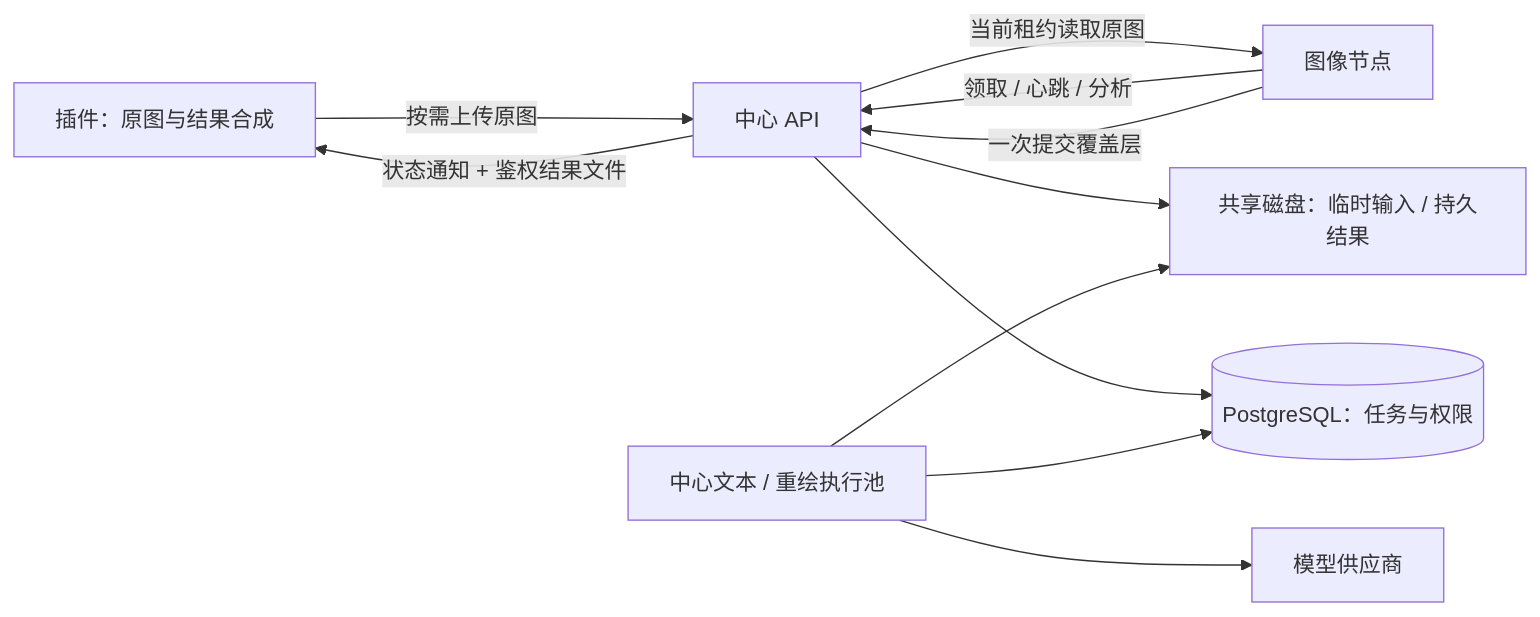
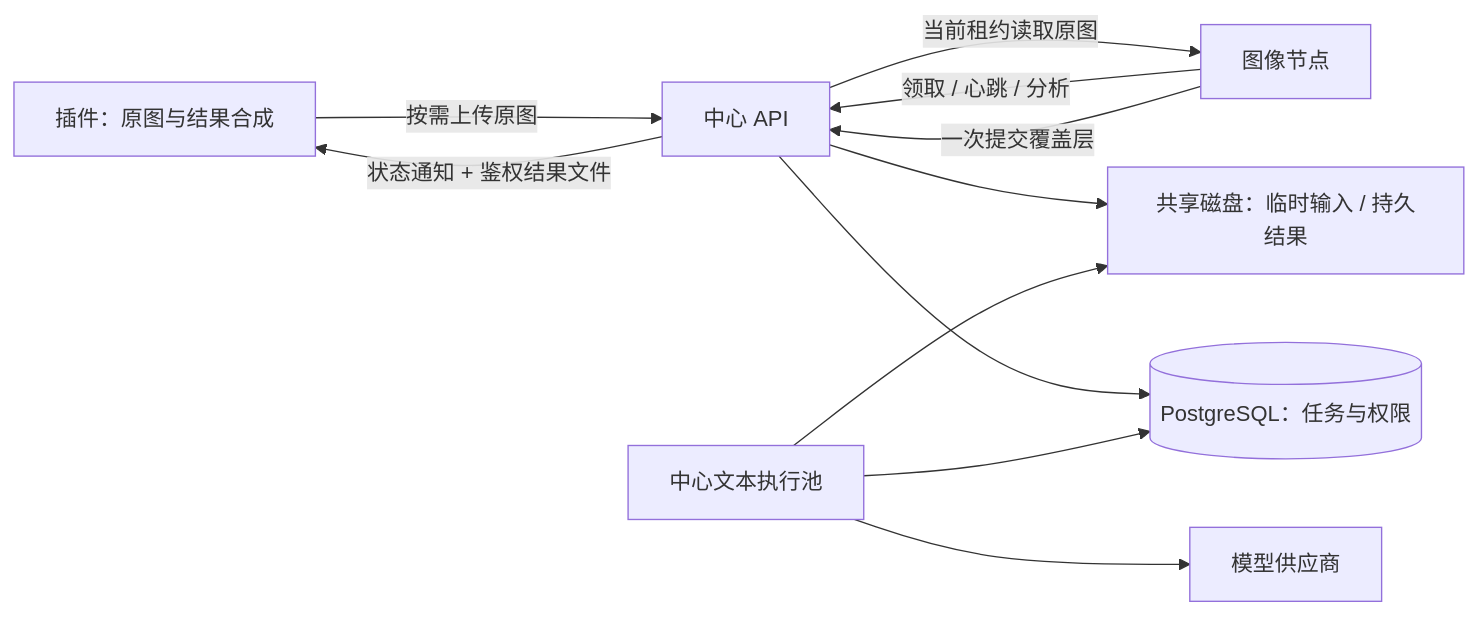
Before and after one commit to Wy2926/node-comics: the diagram in docs/TRANSLATION_CLUSTER_DESIGN.md, drawn with Mermaid. The commit also changed other lines of this file and 270 other files, not shown here.

````diff
--- a/docs/TRANSLATION_CLUSTER_DESIGN.md
+++ b/docs/TRANSLATION_CLUSTER_DESIGN.md
@@ -7,13 +7,13 @@
 ```mermaid
 flowchart LR
     C[插件：原图与结果合成] -->|按需上传原图| A[中心 API]
     A --> D[(PostgreSQL：任务与权限)]
     A --> F[共享磁盘：临时输入 / 持久结果]
     N[图像节点] -->|领取 / 心跳 / 分析| A
     A -->|当前租约读取原图| N
     N -->|一次提交覆盖层| A
-    W[中心文本 / 重绘执行池] --> D
+    W[中心文本执行池] --> D
     W --> P[模型供应商]
     W --> F
     A -->|状态通知 + 鉴权结果文件| C
 ```
````
